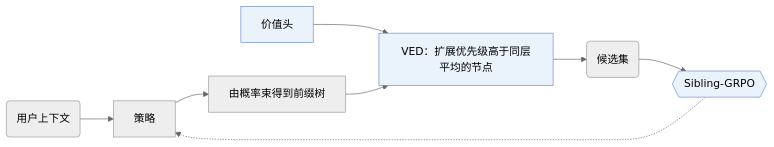
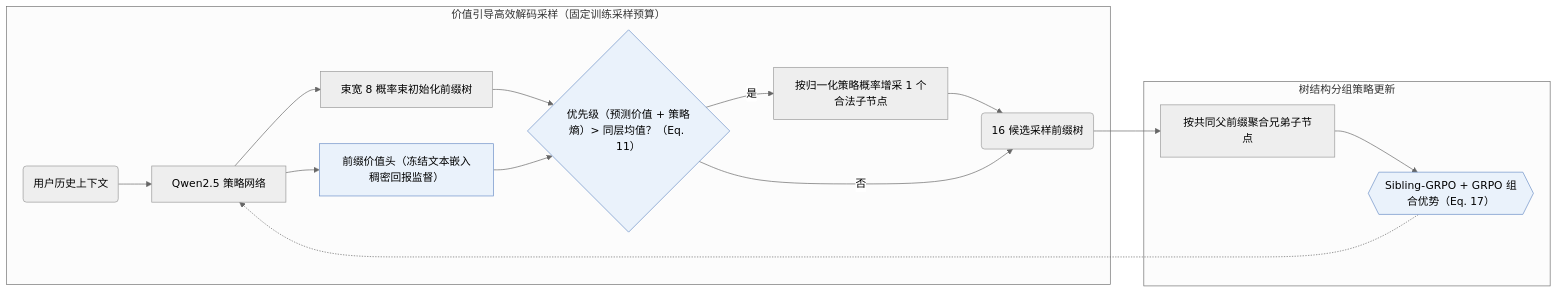
One commit to Galaxy-ghost/Awesome-SID-Generative-Rec changed the first of 2 diagrams in notes/zh/v-star.md. Above: the diagram before and after it, drawn with Mermaid (neutral theme). The commit also changed other lines of this file and 649 other files, not shown here.

Commit message:
writer-05: also tags and modality index (schema, check, build, visuals); summary field removed; calibration data for 12 papers

````diff
--- a/notes/zh/v-star.md
+++ b/notes/zh/v-star.md
@@ -9,11 +14,17 @@
 ```mermaid
 flowchart LR
-    A("用户上下文") --> B["策略"]
-    B --> C["由概率束得到前缀树"]
-    V["价值头"]:::key --> D
-    C --> D["VED：扩展优先级高于同层平均的节点"]:::key
-    D --> E("候选集")
-    E --> F{{"Sibling-GRPO"}}:::key
-    F -.-> B
+    subgraph VED["价值引导高效解码采样（固定训练采样预算）"]
+        U("用户历史上下文") --> Pol["Qwen2.5 策略网络"]
+        Pol --> Init["束宽 8 概率束初始化前缀树"]
+        Pol --> VH["前缀价值头（冻结文本嵌入稠密回报监督）"]:::key
+        Init & VH --> Pri{"优先级（预测价值 + 策略熵）> 同层均值？（Eq. 11）"}:::key
+        Pri -->|是| Exp["按归一化策略概率增采 1 个合法子节点"] --> Pool("16 候选采样前缀树")
+        Pri -->|否| Pool
+    end
+    subgraph SGRPO["树结构分组策略更新"]
+        Pool --> Sib["按共同父前缀聚合兄弟子节点"]
+        Sib --> Adv{{"Sibling-GRPO + GRPO 组合优势（Eq. 17）"}}:::key
+        Adv -.-> Pol
+    end
     classDef key fill:#eaf2fb,stroke:#6b8fc7
 ```
````
